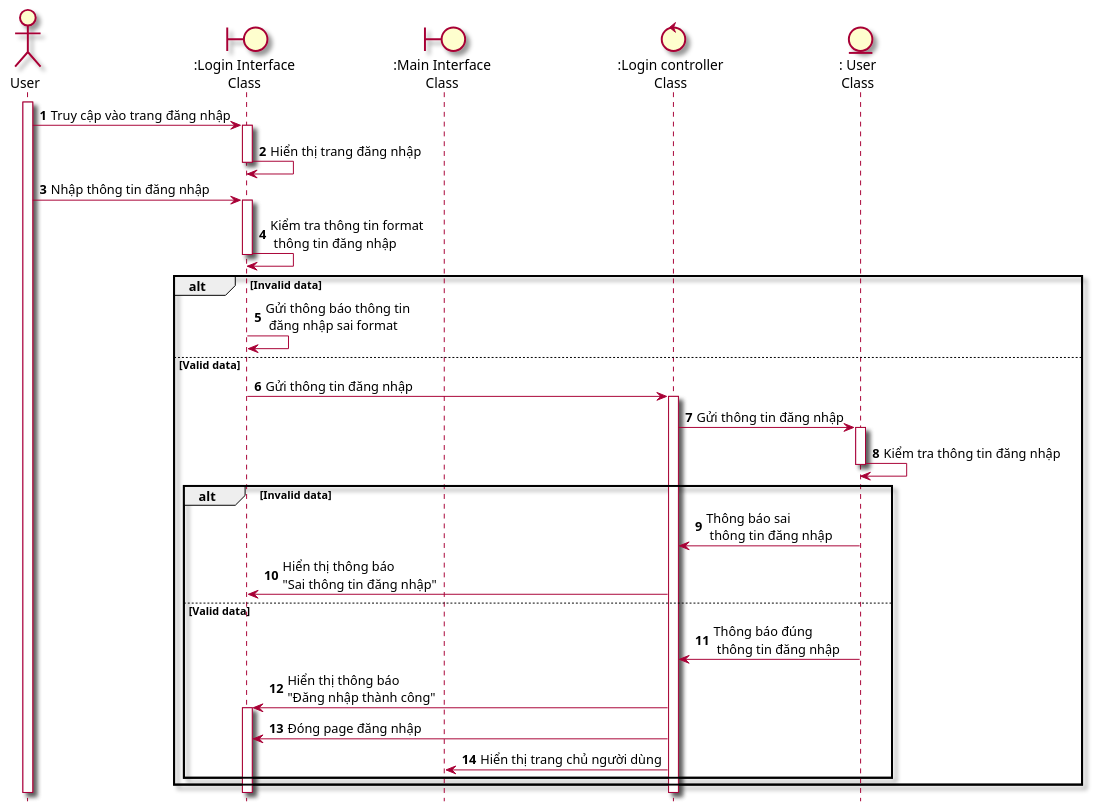
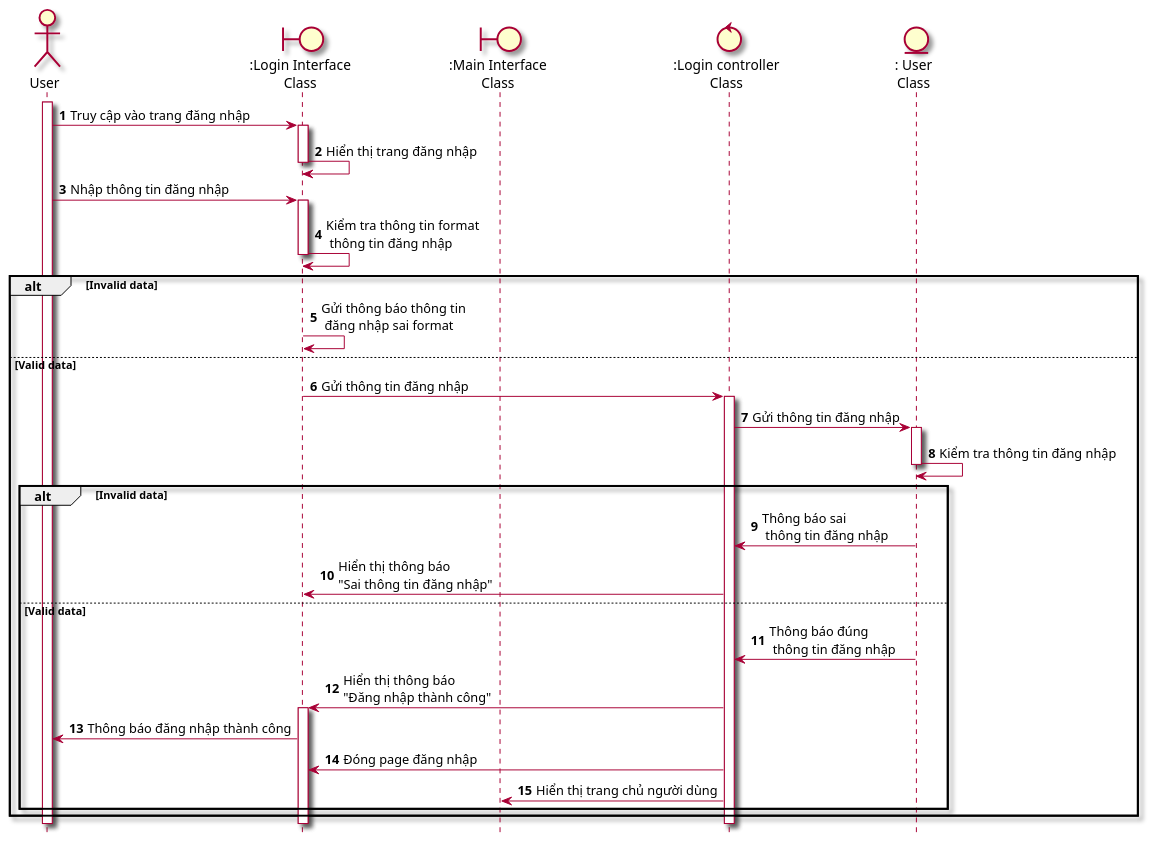
The diagram in Lab1/Lab 1.2 Diagram/Sequence/FilePUML/1.3 SeqDangNhap.puml (Griselda4774/EAS-EmploymentAssistanceSystem), drawn with PlantUML before and after one commit. The commit also changed 10 other files, not shown here.

```diff
--- a/Lab1/Lab 1.2 Diagram/Sequence/FilePUML/1.3 SeqDangNhap.puml
+++ b/Lab1/Lab 1.2 Diagram/Sequence/FilePUML/1.3 SeqDangNhap.puml
@@ -1,32 +1,33 @@
 @startuml SeqDangNhap
 skin rose
 hide footbox
 
 actor user as "User"
 boundary loginInterface as ":Login Interface\nClass"
 boundary mainInterface as ":Main Interface\nClass"
 control loginControl as ":Login controller\nClass"
 entity User as ": User\nClass"
 autonumber
 user++
 user -> loginInterface++: Truy cập vào trang đăng nhập
 loginInterface -> loginInterface--: Hiển thị trang đăng nhập
 user -> loginInterface++: Nhập thông tin đăng nhập
 loginInterface -> loginInterface--: Kiểm tra thông tin format\n thông tin đăng nhập
 alt Invalid data
     loginInterface -> loginInterface: Gửi thông báo thông tin\n đăng nhập sai format
 else Valid data
     loginInterface -> loginControl++: Gửi thông tin đăng nhập
     loginControl -> User++: Gửi thông tin đăng nhập
     User -> User--: Kiểm tra thông tin đăng nhập
     alt Invalid data
         User -> loginControl: Thông báo sai\n thông tin đăng nhập
         loginControl -> loginInterface: Hiển thị thông báo \n"Sai thông tin đăng nhập"
     else Valid data
         User -> loginControl: Thông báo đúng\n thông tin đăng nhập
         loginControl -> loginInterface++: Hiển thị thông báo\n"Đăng nhập thành công"
+        loginInterface -> user: Thông báo đăng nhập thành công
         loginControl -> loginInterface: Đóng page đăng nhập
         loginControl -> mainInterface: Hiển thị trang chủ người dùng
     end
 end
 @enduml
```
